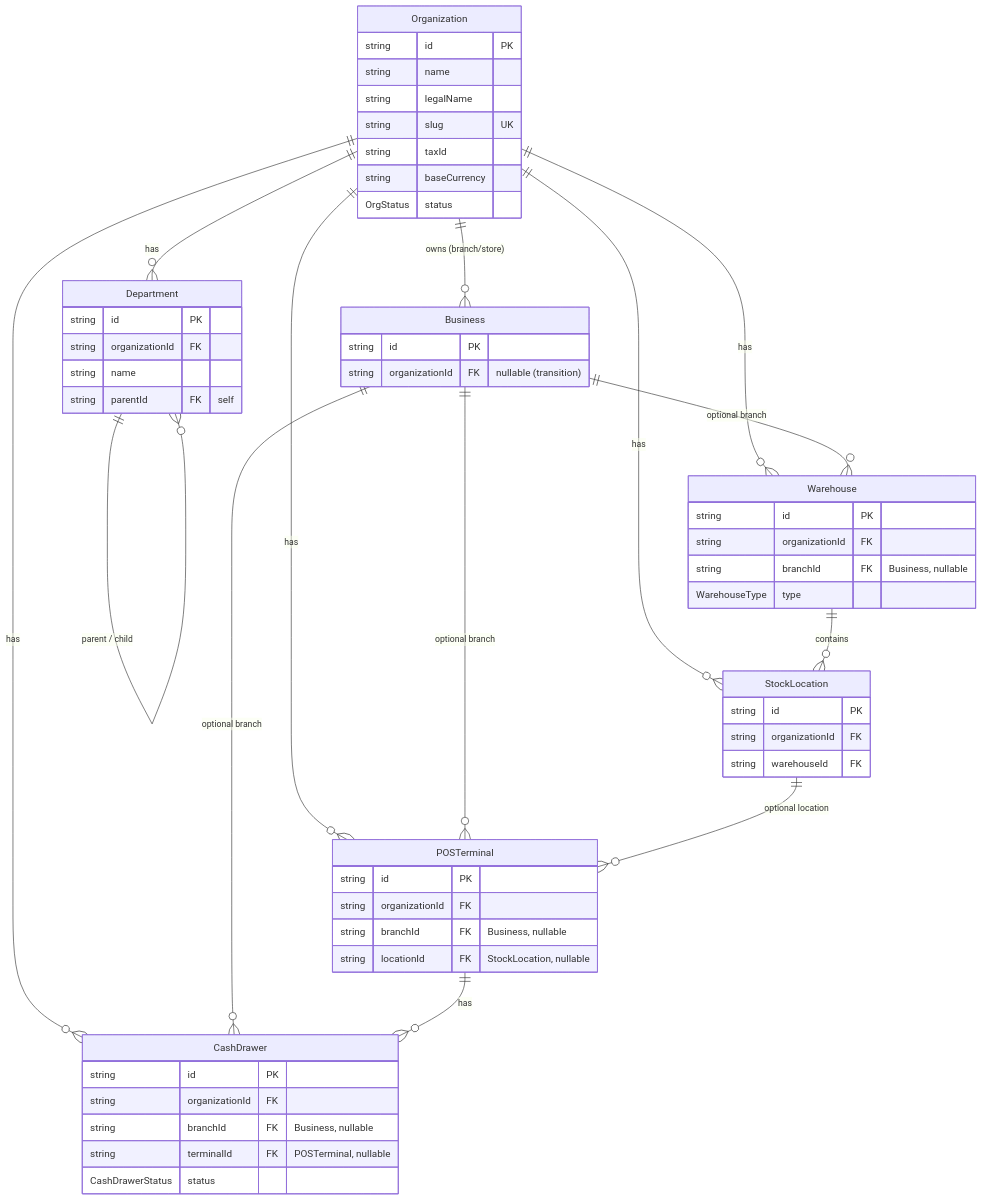
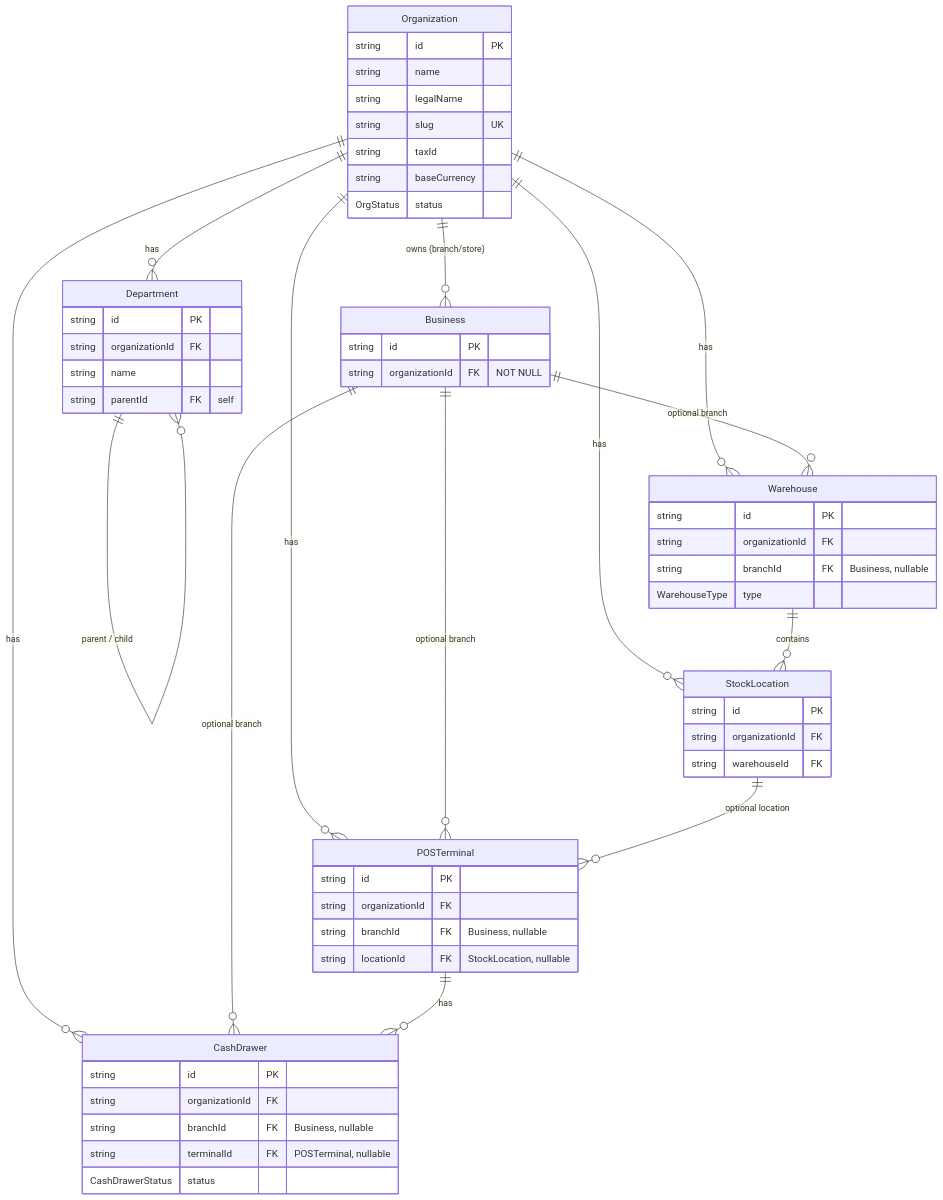
The diagram in docs/architecture/org-hierarchy.md (oliver4441/aide), drawn with Mermaid before and after one commit. The commit also changed other lines of this file and 2 other files, not shown here.

First line of the commit message:
AIDE-02: tighten business.organizationId to NOT NULL

````diff
--- a/docs/architecture/org-hierarchy.md
+++ b/docs/architecture/org-hierarchy.md
@@ -31,63 +31,63 @@
 ```mermaid
 erDiagram
     Organization ||--o{ Business : "owns (branch/store)"
     Organization ||--o{ Department : has
     Organization ||--o{ Warehouse : has
     Organization ||--o{ StockLocation : has
     Organization ||--o{ POSTerminal : has
     Organization ||--o{ CashDrawer : has
 
     Business ||--o{ Warehouse : "optional branch"
     Business ||--o{ POSTerminal : "optional branch"
     Business ||--o{ CashDrawer : "optional branch"
 
     Department ||--o{ Department : "parent / child"
 
     Warehouse ||--o{ StockLocation : contains
     StockLocation ||--o{ POSTerminal : "optional location"
     POSTerminal ||--o{ CashDrawer : has
 
     Organization {
         string id PK
         string name
         string legalName
         string slug UK
         string taxId
         string baseCurrency
         OrgStatus status
     }
     Business {
         string id PK
-        string organizationId FK "nullable (transition)"
+        string organizationId FK "NOT NULL"
     }
     Department {
         string id PK
         string organizationId FK
         string name
         string parentId FK "self"
     }
     Warehouse {
         string id PK
         string organizationId FK
         string branchId FK "Business, nullable"
         WarehouseType type
     }
     StockLocation {
         string id PK
         string organizationId FK
         string warehouseId FK
     }
     POSTerminal {
         string id PK
         string organizationId FK
         string branchId FK "Business, nullable"
         string locationId FK "StockLocation, nullable"
     }
     CashDrawer {
         string id PK
         string organizationId FK
         string branchId FK "Business, nullable"
         string terminalId FK "POSTerminal, nullable"
         CashDrawerStatus status
     }
 ```
````
